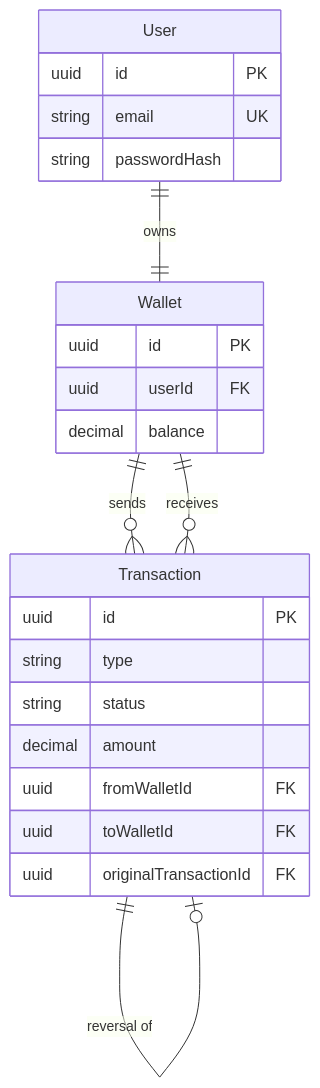
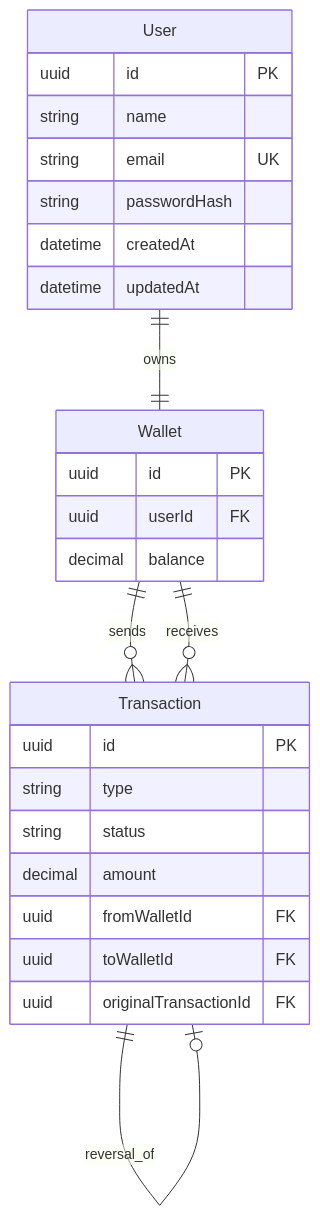
Before and after one commit to AdleyRodrigues/financial-wallet-challenge: the third of 4 diagrams in docs/architecture.md, drawn with Mermaid. The commit also changed other lines of this file and 3 other files, not shown here.

````diff
--- a/docs/architecture.md
+++ b/docs/architecture.md
@@ -74,29 +74,32 @@
 ```mermaid
 erDiagram
   User ||--|| Wallet : owns
   Wallet ||--o{ Transaction : sends
   Wallet ||--o{ Transaction : receives
-  Transaction ||--o| Transaction : "reversal of"
+  Transaction ||--o| Transaction : reversal_of
 
   User {
     uuid id PK
+    string name
     string email UK
     string passwordHash
+    datetime createdAt
+    datetime updatedAt
   }
 
   Wallet {
     uuid id PK
     uuid userId FK
     decimal balance
   }
 
   Transaction {
     uuid id PK
     string type
     string status
     decimal amount
     uuid fromWalletId FK
     uuid toWalletId FK
     uuid originalTransactionId FK
   }
 ```
````
